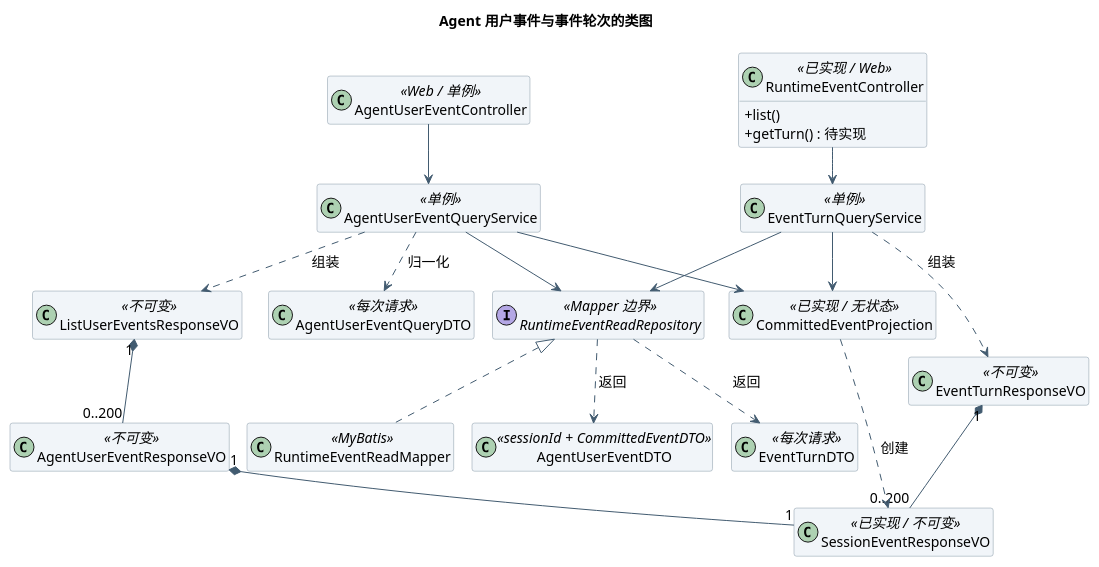
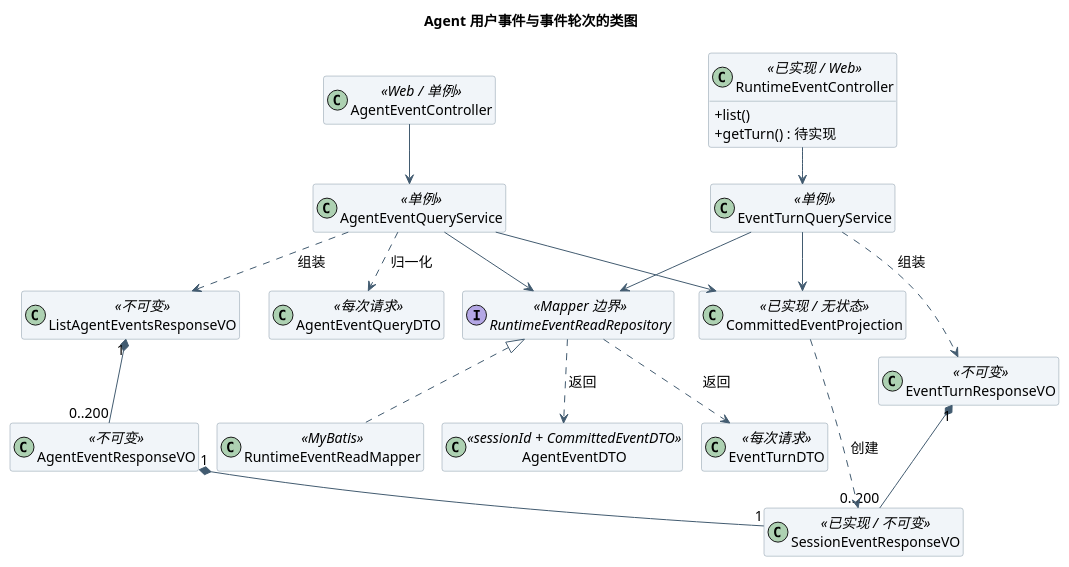
Before and after one commit to ssm0808/pi-mono-java-design: the third of 3 diagrams in 01-总体架构/01-CampusClaw多Agent运行时/设计图/Agent用户事件查询/diagram.puml, drawn with PlantUML. The commit also changed 3 other files, not shown here.

First line of the commit message:
UC1 改为 ListAgentEvents，用必填的 types 筛选事件类型

```diff
--- a/01-总体架构/01-CampusClaw多Agent运行时/设计图/Agent用户事件查询/diagram.puml
+++ b/01-总体架构/01-CampusClaw多Agent运行时/设计图/Agent用户事件查询/diagram.puml
@@ -103,53 +103,53 @@
 @startuml agent_user_events_classes
 ' 源码证据：pi-mono-java main 769e86592285f4a25b0febaf551eddea6bc7212c
 ' modules/coding-agent-cli/src/main/java/com/campusclaw/codingagent/runtimeapi/
 ' web/RuntimeEventController.java; event/CommittedEventQueryService.java
 ' event/CommittedEventProjection.java; persistence/MyBatisRuntimeSessionRepository.java:findEventPage
 ' vo/ListSessionEventsResponseVO.java; vo/SessionEventResponseVO.java
 ' 已观察行为：同一个无状态投影同时服务 GET 历史和 POST SSE 帧。
 ' 设计原因：新读取复用该投影；DTO 留在 Service 之下，VO 留在 Controller 层。
 !pragma layout smetana
 skinparam backgroundColor white
 skinparam defaultFontName SansSerif
 skinparam defaultFontSize 14
 skinparam shadowing false
 skinparam classAttributeIconSize 0
 skinparam ArrowColor #425B70
 skinparam classBackgroundColor #F1F5F9
 skinparam classBorderColor #8496A4
 hide empty members
 title Agent 用户事件与事件轮次的类图
-class "AgentUserEventController" as AgentWeb <<Web / 单例>>
+class "AgentEventController" as AgentWeb <<Web / 单例>>
 class "RuntimeEventController" as SessionWeb <<已实现 / Web>> {
   +list()
   +getTurn() : 待实现
 }
-class "AgentUserEventQueryService" as AgentSvc <<单例>>
+class "AgentEventQueryService" as AgentSvc <<单例>>
 class "EventTurnQueryService" as TurnSvc <<单例>>
 class "CommittedEventProjection" as Projection <<已实现 / 无状态>>
 interface "RuntimeEventReadRepository" as Repo <<Mapper 边界>>
 class "RuntimeEventReadMapper" as Mapper <<MyBatis>>
-class "AgentUserEventQueryDTO" as QueryDTO <<每次请求>>
-class "AgentUserEventDTO" as ItemDTO <<sessionId + CommittedEventDTO>>
+class "AgentEventQueryDTO" as QueryDTO <<每次请求>>
+class "AgentEventDTO" as ItemDTO <<sessionId + CommittedEventDTO>>
 class "EventTurnDTO" as TurnDTO <<每次请求>>
-class "ListUserEventsResponseVO" as ListVO <<不可变>>
-class "AgentUserEventResponseVO" as ItemVO <<不可变>>
+class "ListAgentEventsResponseVO" as ListVO <<不可变>>
+class "AgentEventResponseVO" as ItemVO <<不可变>>
 class "EventTurnResponseVO" as TurnVO <<不可变>>
 class "SessionEventResponseVO" as EventVO <<已实现 / 不可变>>
 AgentWeb --> AgentSvc
 SessionWeb --> TurnSvc
 AgentSvc --> Repo
 TurnSvc --> Repo
 AgentSvc --> Projection
 TurnSvc --> Projection
 Repo <|.. Mapper
 AgentSvc ..> QueryDTO : 归一化
 Repo ..> ItemDTO : 返回
 Repo ..> TurnDTO : 返回
 AgentSvc ..> ListVO : 组装
 TurnSvc ..> TurnVO : 组装
 ListVO "1" *-- "0..200" ItemVO
 ItemVO "1" *-- "1" EventVO
 TurnVO "1" *-- "0..200" EventVO
 Projection ..> EventVO : 创建
 @enduml
```
